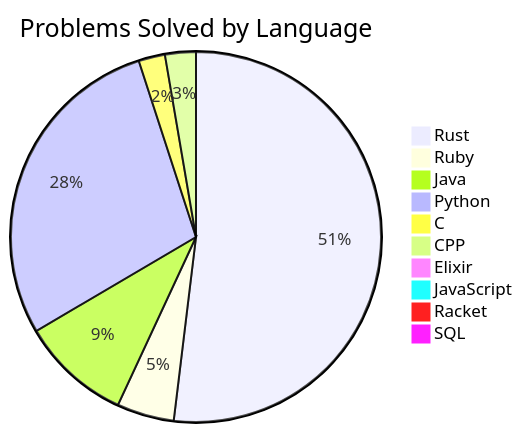
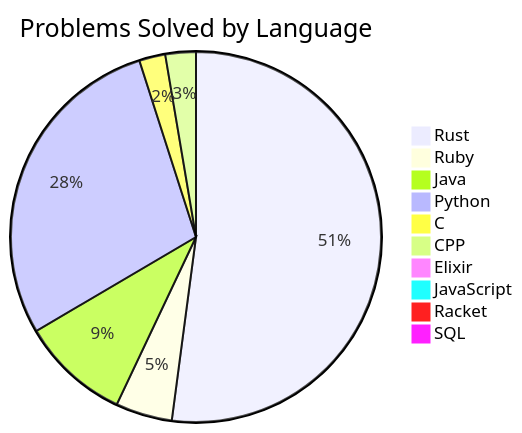
One commit to Liam-Wirth/leetcode-solutions changed the diagram in README.md. Above: the diagram before and after it, drawn with Mermaid. The commit also changed other lines of this file and 7 other files, not shown here.

````diff
--- a/README.md
+++ b/README.md
@@ -29,13 +29,13 @@
 ```mermaid
 pie title Problems Solved by Language
-    "Rust": 135
+    "Rust": 137
     "Ruby": 13
     "Java": 25
-    "Python": 74
+    "Python": 75
     "C": 6
     "CPP": 7
     "Elixir": 1
     "JavaScript": 2
     "Racket": 1
     "SQL": 2
 ```
````
